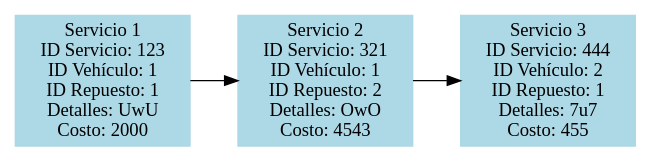
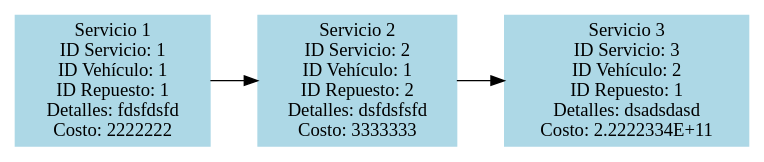
The diagram in reporte_servicios.dot (bryanthr6/-EDD-1S2025_201701010), drawn with Graphviz before and after one commit. The commit also changed 5 other files, not shown here.

```diff
--- a/reporte_servicios.dot
+++ b/reporte_servicios.dot
@@ -1,9 +1,9 @@
 digraph G {
     rankdir=LR;
     node [shape=box, style=filled, color=lightblue];
-    servicio1 [label="Servicio 1\nID Servicio: 123\nID Vehículo: 1\nID Repuesto: 1\nDetalles: UwU\nCosto: 2000"];
+    servicio1 [label="Servicio 1\nID Servicio: 1\nID Vehículo: 1\nID Repuesto: 1\nDetalles: fdsfdsfd \nCosto: 2222222"];
     servicio1 -> servicio2;
-    servicio2 [label="Servicio 2\nID Servicio: 321\nID Vehículo: 1\nID Repuesto: 2\nDetalles: OwO\nCosto: 4543"];
+    servicio2 [label="Servicio 2\nID Servicio: 2\nID Vehículo: 1\nID Repuesto: 2\nDetalles: dsfdsfsfd\nCosto: 3333333"];
     servicio2 -> servicio3;
-    servicio3 [label="Servicio 3\nID Servicio: 444\nID Vehículo: 2\nID Repuesto: 1\nDetalles: 7u7\nCosto: 455"];
+    servicio3 [label="Servicio 3\nID Servicio: 3\nID Vehículo: 2\nID Repuesto: 1\nDetalles: dsadsdasd \nCosto: 2.2222334E+11"];
 }
```
